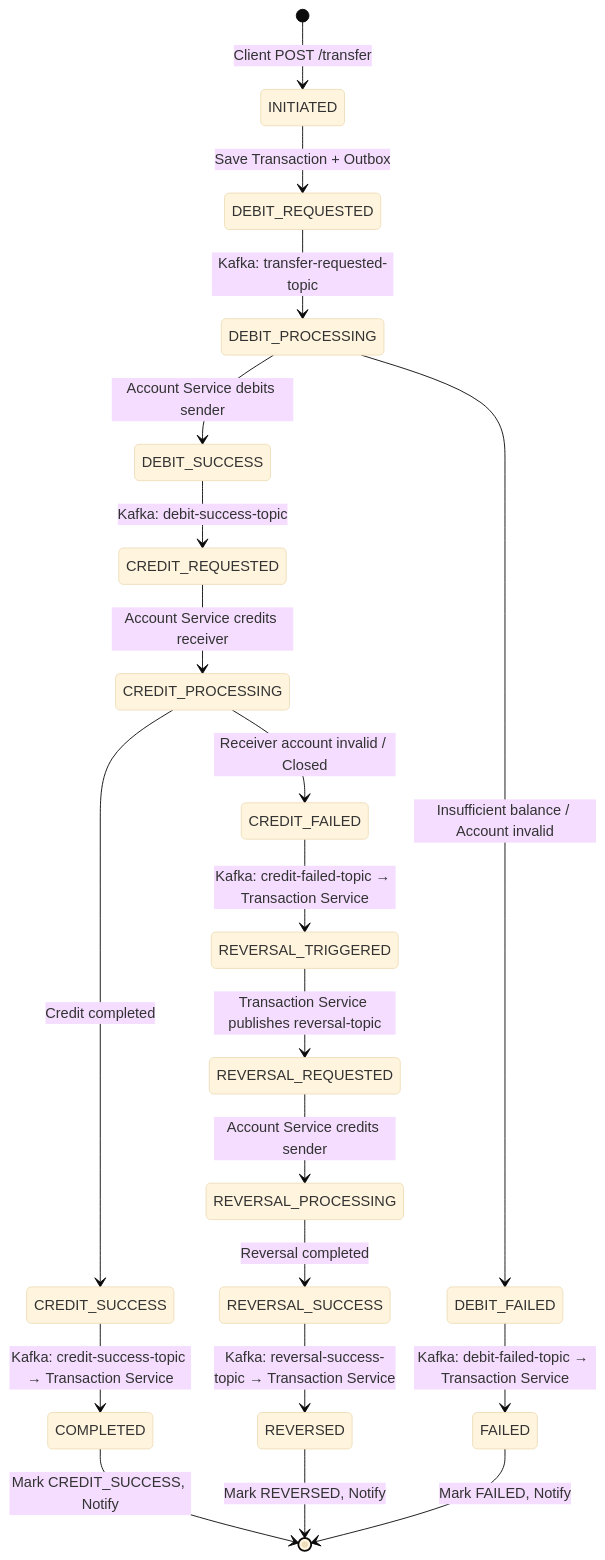
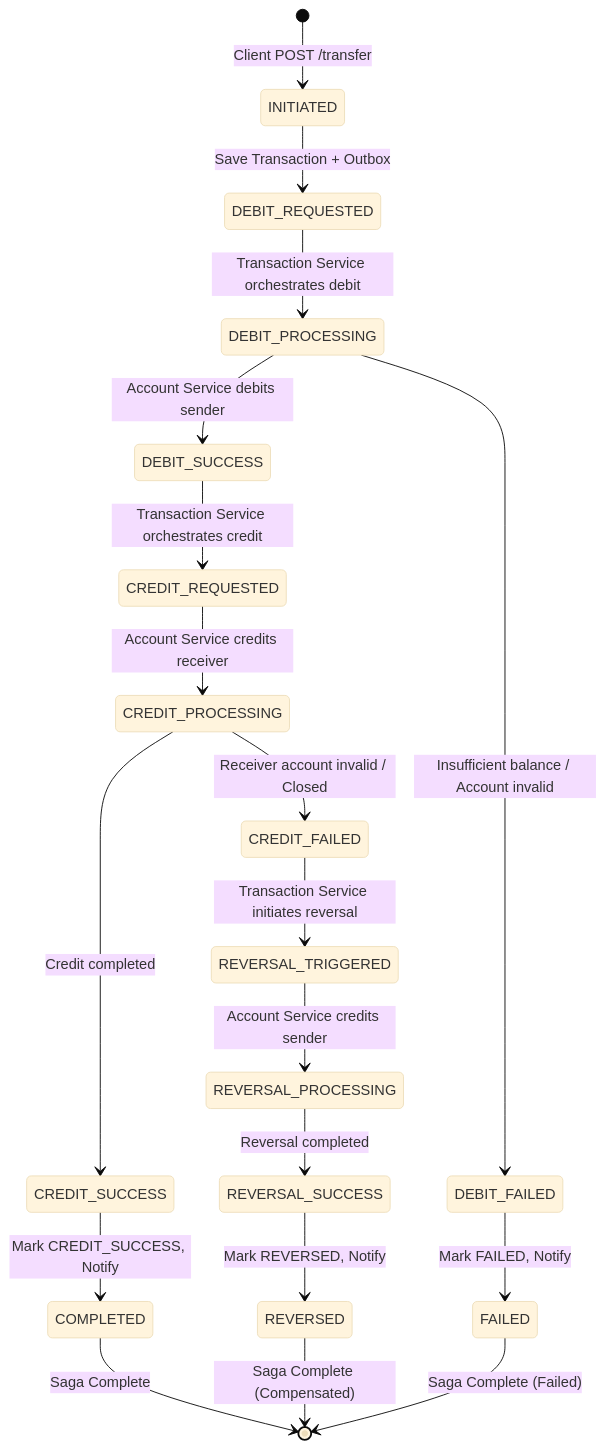
Before and after one commit to Rabbaniinamdar/citi-core-project: the seventh of 18 diagrams in architecture/docs/CITICORE_TARGET_STATE_ARCHITECTURE.md, drawn with Mermaid. The commit also changed other lines of this file and 82 other files, not shown here.

````diff
--- a/architecture/docs/CITICORE_TARGET_STATE_ARCHITECTURE.md
+++ b/architecture/docs/CITICORE_TARGET_STATE_ARCHITECTURE.md
@@ -605,27 +915,26 @@
 ```mermaid
 %%{init: {'theme': 'base'}}%%
 stateDiagram-v2
     [*] --> INITIATED: Client POST /transfer
     INITIATED --> DEBIT_REQUESTED: Save Transaction + Outbox
-    DEBIT_REQUESTED --> DEBIT_PROCESSING: Kafka: transfer-requested-topic
+    DEBIT_REQUESTED --> DEBIT_PROCESSING: Transaction Service orchestrates debit
     DEBIT_PROCESSING --> DEBIT_SUCCESS: Account Service debits sender
     DEBIT_PROCESSING --> DEBIT_FAILED: Insufficient balance / Account invalid
     
-    DEBIT_SUCCESS --> CREDIT_REQUESTED: Kafka: debit-success-topic
+    DEBIT_SUCCESS --> CREDIT_REQUESTED: Transaction Service orchestrates credit
     CREDIT_REQUESTED --> CREDIT_PROCESSING: Account Service credits receiver
     CREDIT_PROCESSING --> CREDIT_SUCCESS: Credit completed
     CREDIT_PROCESSING --> CREDIT_FAILED: Receiver account invalid / Closed
     
-    CREDIT_SUCCESS --> COMPLETED: Kafka: credit-success-topic → Transaction Service
-    COMPLETED --> [*]: Mark CREDIT_SUCCESS, Notify
+    CREDIT_SUCCESS --> COMPLETED: Mark CREDIT_SUCCESS, Notify
+    COMPLETED --> [*]: Saga Complete
     
-    CREDIT_FAILED --> REVERSAL_TRIGGERED: Kafka: credit-failed-topic → Transaction Service
-    REVERSAL_TRIGGERED --> REVERSAL_REQUESTED: Transaction Service publishes reversal-topic
-    REVERSAL_REQUESTED --> REVERSAL_PROCESSING: Account Service credits sender
+    CREDIT_FAILED --> REVERSAL_TRIGGERED: Transaction Service initiates reversal
+    REVERSAL_TRIGGERED --> REVERSAL_PROCESSING: Account Service credits sender
     REVERSAL_PROCESSING --> REVERSAL_SUCCESS: Reversal completed
-    REVERSAL_SUCCESS --> REVERSED: Kafka: reversal-success-topic → Transaction Service
-    REVERSED --> [*]: Mark REVERSED, Notify
+    REVERSAL_SUCCESS --> REVERSED: Mark REVERSED, Notify
+    REVERSED --> [*]: Saga Complete (Compensated)
     
-    DEBIT_FAILED --> FAILED: Kafka: debit-failed-topic → Transaction Service
-    FAILED --> [*]: Mark FAILED, Notify
+    DEBIT_FAILED --> FAILED: Mark FAILED, Notify
+    FAILED --> [*]: Saga Complete (Failed)
 ```
````
